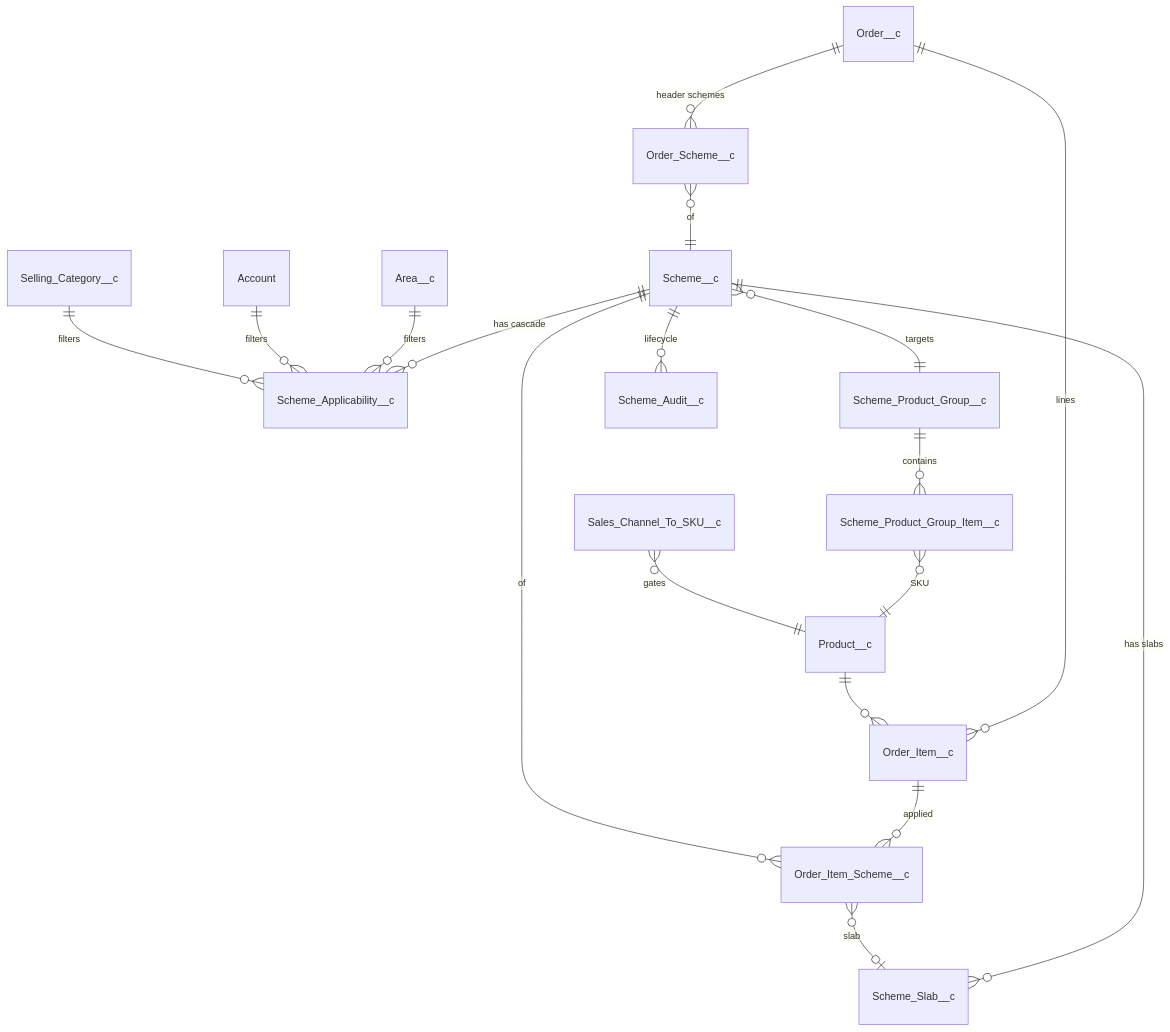
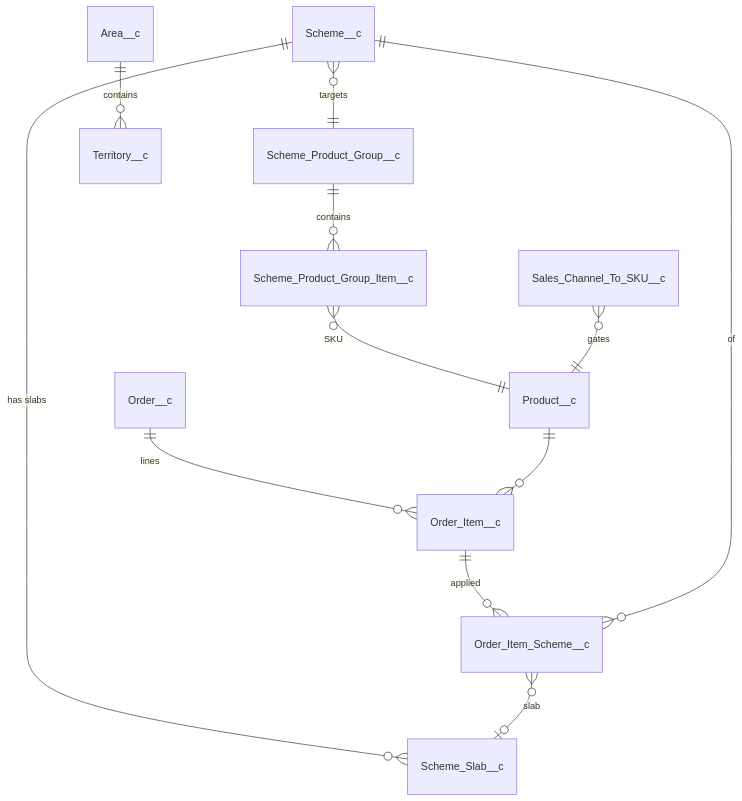
Before and after one commit to support-fingertip/Elite-sbox: the first of 2 diagrams in docs/Scheme_Management_Architecture.md, drawn with Mermaid. The commit also changed other lines of this file, not shown here.

First line of the commit message:
docs(scheme): consolidate to single-type model + add Sections 3 and 4

````diff
--- a/docs/Scheme_Management_Architecture.md
+++ b/docs/Scheme_Management_Architecture.md
@@ -15,20 +15,14 @@
 ```mermaid
 erDiagram
+    Scheme__c }o--|| Scheme_Product_Group__c : "targets"
     Scheme__c ||--o{ Scheme_Slab__c : "has slabs"
-    Scheme__c ||--o{ Scheme_Applicability__c : "has cascade"
-    Scheme__c }o--|| Scheme_Product_Group__c : "targets"
     Scheme_Product_Group__c ||--o{ Scheme_Product_Group_Item__c : "contains"
     Scheme_Product_Group_Item__c }o--|| Product__c : "SKU"
+    Area__c ||--o{ Territory__c : "contains"
     Order__c ||--o{ Order_Item__c : "lines"
     Order_Item__c ||--o{ Order_Item_Scheme__c : "applied"
     Order_Item_Scheme__c }o--|| Scheme__c : "of"
     Order_Item_Scheme__c }o--o| Scheme_Slab__c : "slab"
-    Order__c ||--o{ Order_Scheme__c : "header schemes"
-    Order_Scheme__c }o--|| Scheme__c : "of"
-    Scheme__c ||--o{ Scheme_Audit__c : "lifecycle"
-    Area__c ||--o{ Scheme_Applicability__c : "filters"
-    Account ||--o{ Scheme_Applicability__c : "filters"
-    Selling_Category__c ||--o{ Scheme_Applicability__c : "filters"
     Product__c ||--o{ Order_Item__c : ""
     Sales_Channel_To_SKU__c }o--|| Product__c : "gates"
 ```
````
